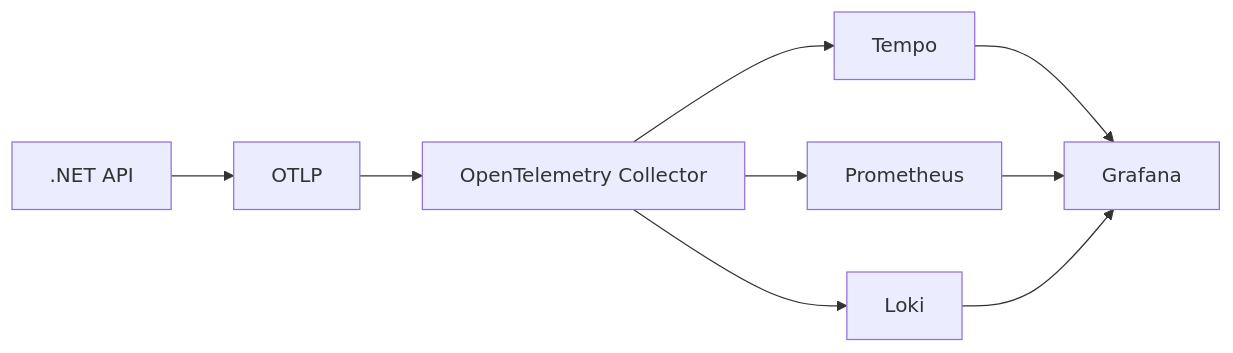
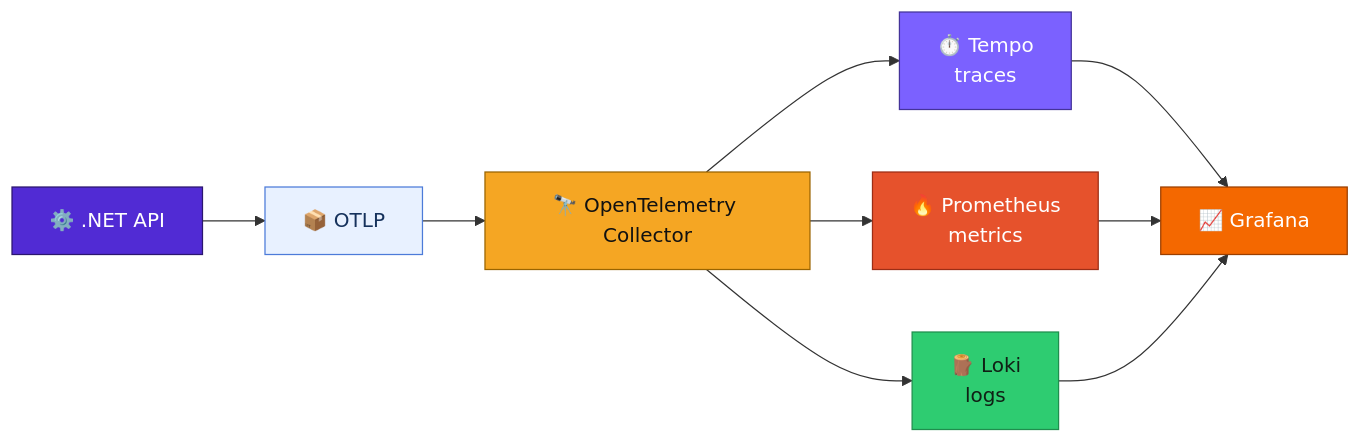
One commit to fnandop/aspire-apm-backends-pocs changed the fifth of 5 diagrams in README.md. Above: the diagram before and after it, drawn with Mermaid. The commit also changed other lines of this file and 1 other file, not shown here.

````diff
--- a/README.md
+++ b/README.md
@@ -65,11 +107,26 @@
 ```mermaid
 graph LR
-    A[.NET API] --> B[OTLP]
-    B --> C[OpenTelemetry Collector]
-    C --> D[Tempo]
-    C --> E[Prometheus]
-    C --> F[Loki]
-    D --> G[Grafana]
+    A["⚙️ .NET API"] --> B["📦 OTLP"]
+    B --> C["🔭 OpenTelemetry Collector"]
+    C --> D["⏱️ Tempo<br/>traces"]
+    C --> E["🔥 Prometheus<br/>metrics"]
+    C --> F["🪵 Loki<br/>logs"]
+    D --> G["📈 Grafana"]
     E --> G
     F --> G
+
+    classDef app fill:#512BD4,stroke:#2b166f,color:#fff
+    classDef protocol fill:#E8F1FF,stroke:#4C7BD9,color:#16325C
+    classDef collector fill:#F5A623,stroke:#9A6400,color:#111
+    classDef tempo fill:#7B61FF,stroke:#443399,color:#fff
+    classDef prometheus fill:#E6522C,stroke:#9C2E16,color:#fff
+    classDef loki fill:#2ECC71,stroke:#1F8E4D,color:#102015
+    classDef grafana fill:#F46800,stroke:#9B3F00,color:#fff
+    class A app
+    class B protocol
+    class C collector
+    class D tempo
+    class E prometheus
+    class F loki
+    class G grafana
 ```
````
